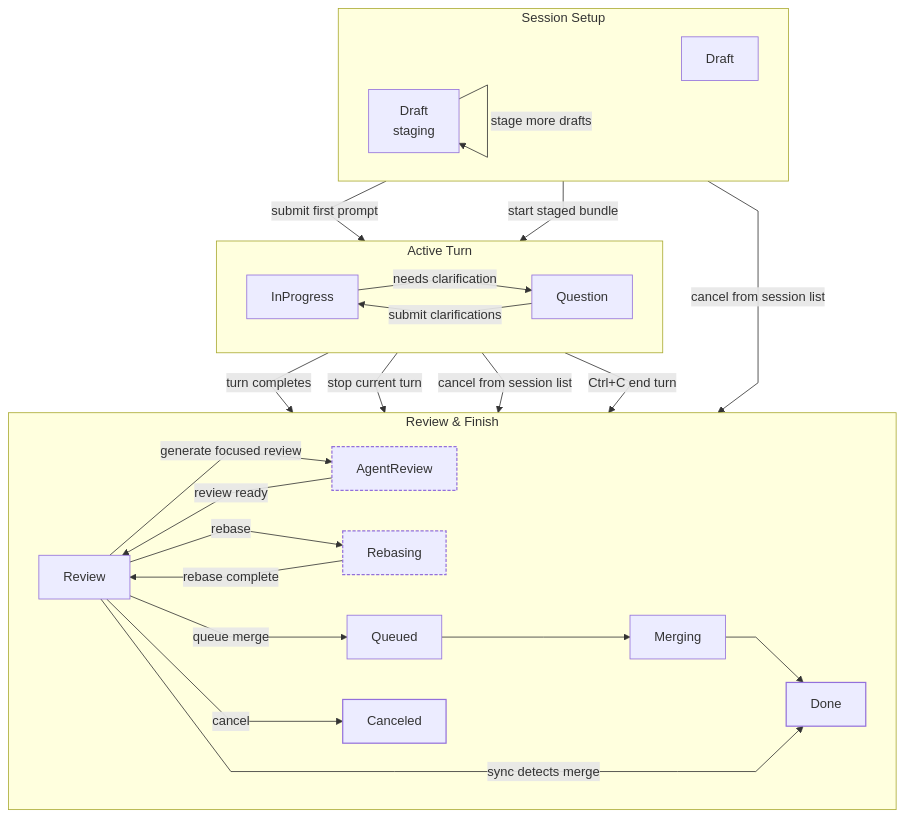
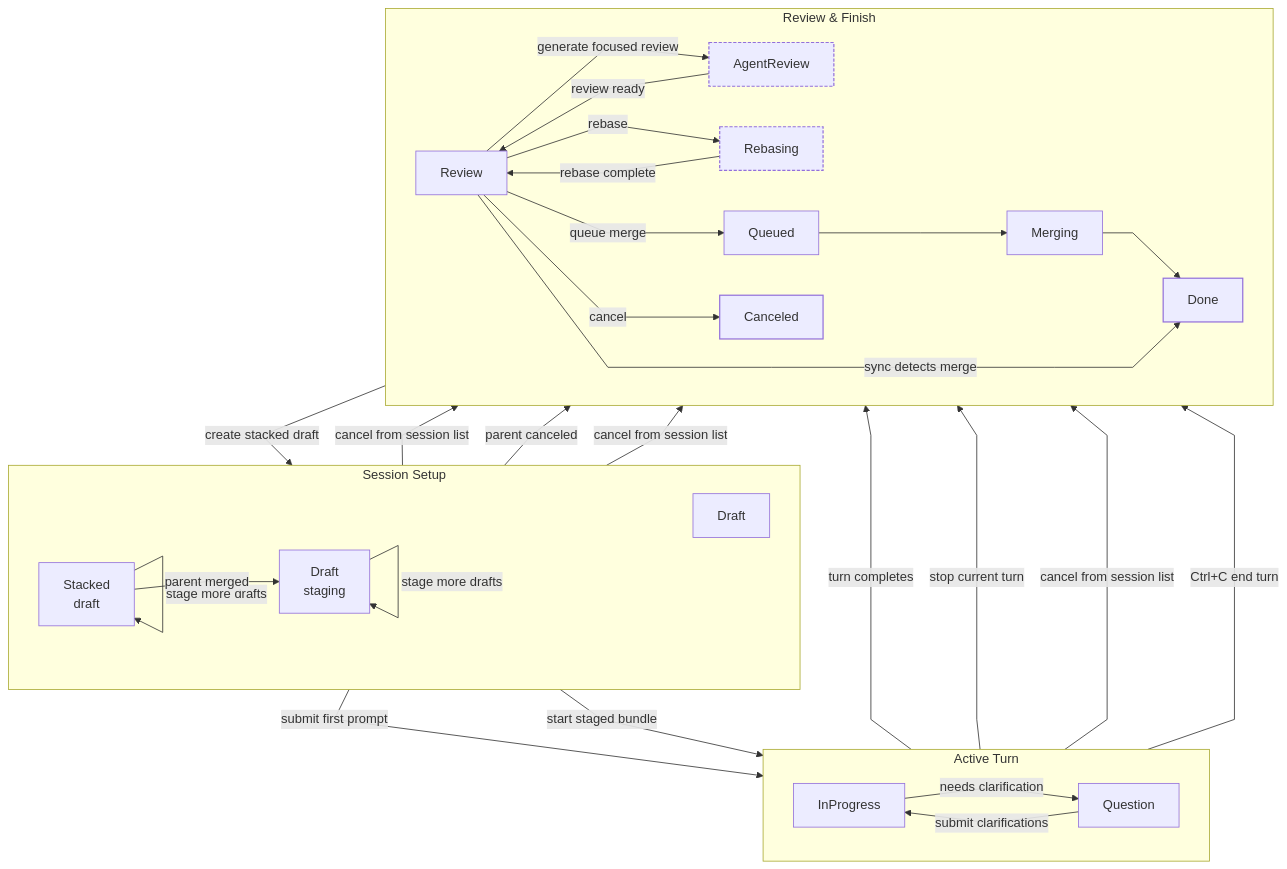
The diagram in docs/site/content/docs/usage/workflow.md (agentty-xyz/agentty), drawn with Mermaid before and after one commit. The commit also changed other lines of this file and 53 other files, not shown here.

First line of the commit message:
Add stacked draft session lineage and restack behavior

````diff
--- a/docs/site/content/docs/usage/workflow.md
+++ b/docs/site/content/docs/usage/workflow.md
@@ -293,54 +306,60 @@
 ```mermaid
 %%{init: { "flowchart": { "curve": "linear" } } }%%
 flowchart TB
   classDef auxiliary stroke-dasharray: 4 2,stroke-width: 1.5px;
   classDef terminal stroke-width: 1.5px;
 
   subgraph start["Session Setup"]
     direction LR
     new_regular["Draft"]
     new_draft["Draft<br/>staging"]
+    stacked_draft["Stacked<br/>draft"]
   end
 
   subgraph active["Active Turn"]
     direction LR
     in_progress["InProgress"]
     question["Question"]
   end
 
   subgraph finish["Review & Finish"]
     direction LR
     review["Review"]
     agent_review["AgentReview"]
     rebasing["Rebasing"]
     queued["Queued"]
     merging["Merging"]
     done["Done"]
     canceled["Canceled"]
   end
 
   new_regular -->|submit first prompt| in_progress
   new_draft -->|stage more drafts| new_draft
   new_draft -->|start staged bundle| in_progress
   new_draft -->|cancel from session list| canceled
+  stacked_draft -->|stage more drafts| stacked_draft
+  stacked_draft -->|parent merged| new_draft
+  stacked_draft -->|parent canceled| canceled
+  stacked_draft -->|cancel from session list| canceled
 
   in_progress -->|turn completes| review
   in_progress -->|needs clarification| question
   in_progress -->|stop current turn| review
   in_progress -->|cancel from session list| canceled
   question -->|submit clarifications| in_progress
   question -->|Ctrl+C end turn| review
 
   review -->|generate focused review| agent_review
+  review -->|create stacked draft| stacked_draft
   agent_review -->|review ready| review
   review -->|rebase| rebasing
   rebasing -->|rebase complete| review
   review -->|queue merge| queued
   queued --> merging
   merging --> done
   review -->|cancel| canceled
   review -->|sync detects merge| done
 
   class agent_review,rebasing auxiliary
   class done,canceled terminal
 ```
````
